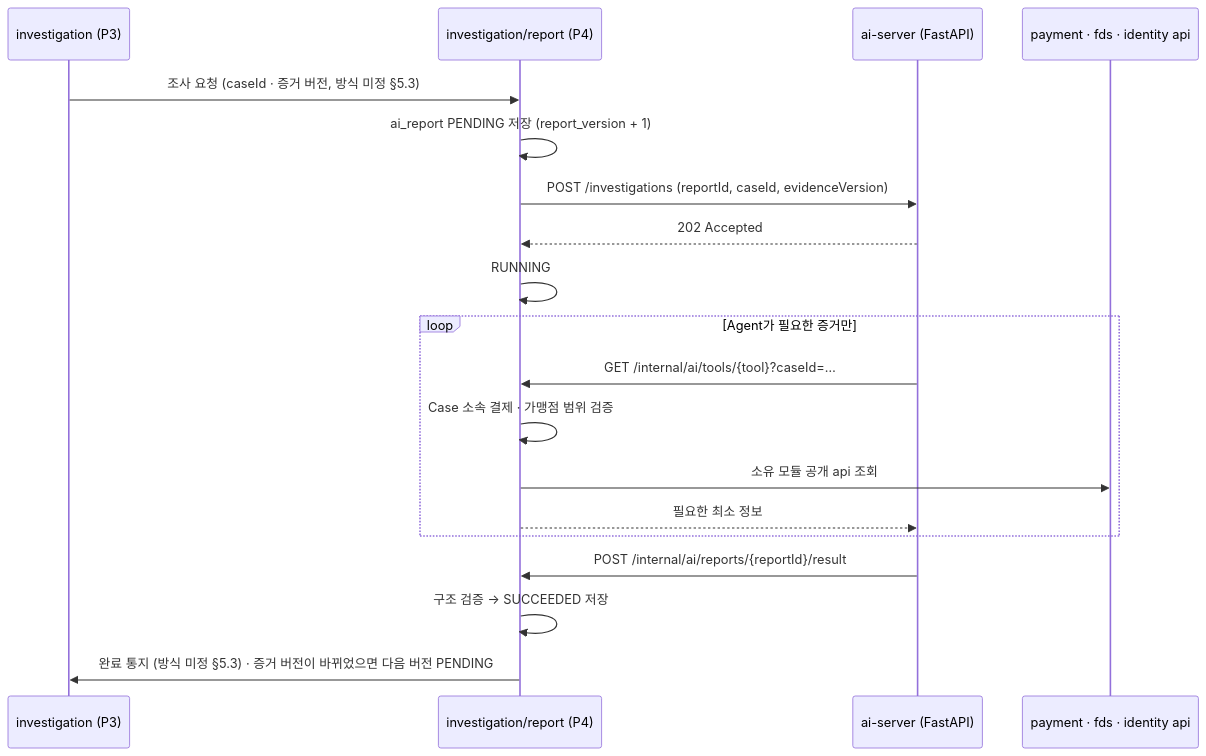
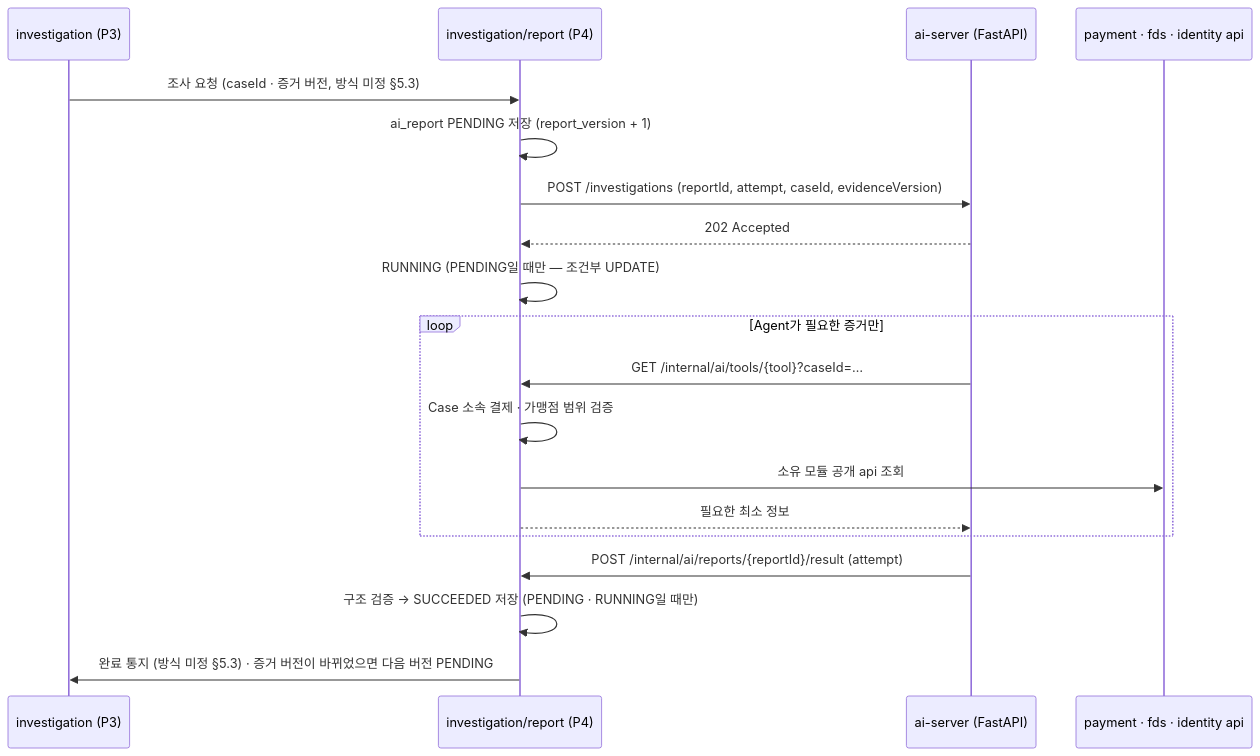
One commit to team-sweethan/DonWorry changed the diagram in docs/decisions/0009-ai-investigation-call-structure.md. Above: the diagram before and after it, drawn with Mermaid. The commit also changed other lines of this file and 2 other files, not shown here.

````diff
--- a/docs/decisions/0009-ai-investigation-call-structure.md
+++ b/docs/decisions/0009-ai-investigation-call-structure.md
@@ -25,22 +25,22 @@
 ```mermaid
 sequenceDiagram
     participant P3 as investigation (P3)
     participant R as investigation/report (P4)
     participant A as ai-server (FastAPI)
     participant O as payment · fds · identity api
 
     P3->>R: 조사 요청 (caseId · 증거 버전, 방식 미정 §5.3)
     R->>R: ai_report PENDING 저장 (report_version + 1)
-    R->>A: POST /investigations (reportId, caseId, evidenceVersion)
+    R->>A: POST /investigations (reportId, attempt, caseId, evidenceVersion)
     A-->>R: 202 Accepted
-    R->>R: RUNNING
+    R->>R: RUNNING (PENDING일 때만 — 조건부 UPDATE)
     loop Agent가 필요한 증거만
         A->>R: GET /internal/ai/tools/{tool}?caseId=…
         R->>R: Case 소속 결제 · 가맹점 범위 검증
         R->>O: 소유 모듈 공개 api 조회
         R-->>A: 필요한 최소 정보
     end
-    A->>R: POST /internal/ai/reports/{reportId}/result
-    R->>R: 구조 검증 → SUCCEEDED 저장
+    A->>R: POST /internal/ai/reports/{reportId}/result (attempt)
+    R->>R: 구조 검증 → SUCCEEDED 저장 (PENDING · RUNNING일 때만)
     R->>P3: 완료 통지 (방식 미정 §5.3) · 증거 버전이 바뀌었으면 다음 버전 PENDING
 ```
````
